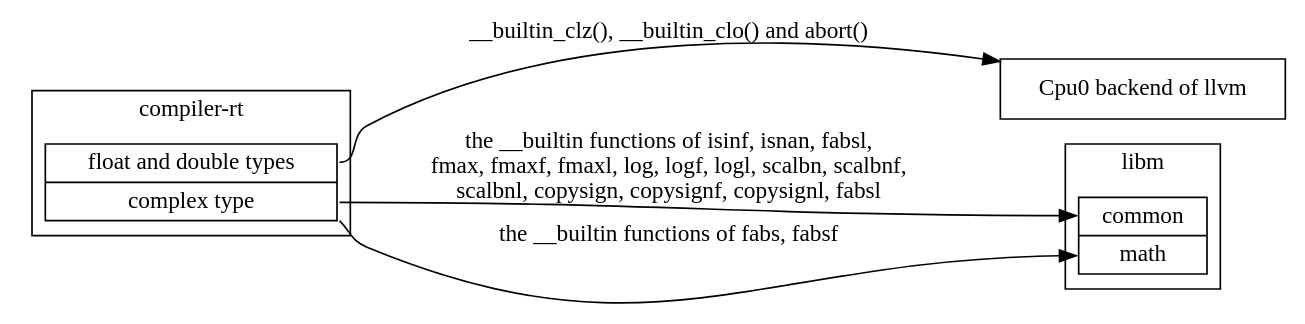
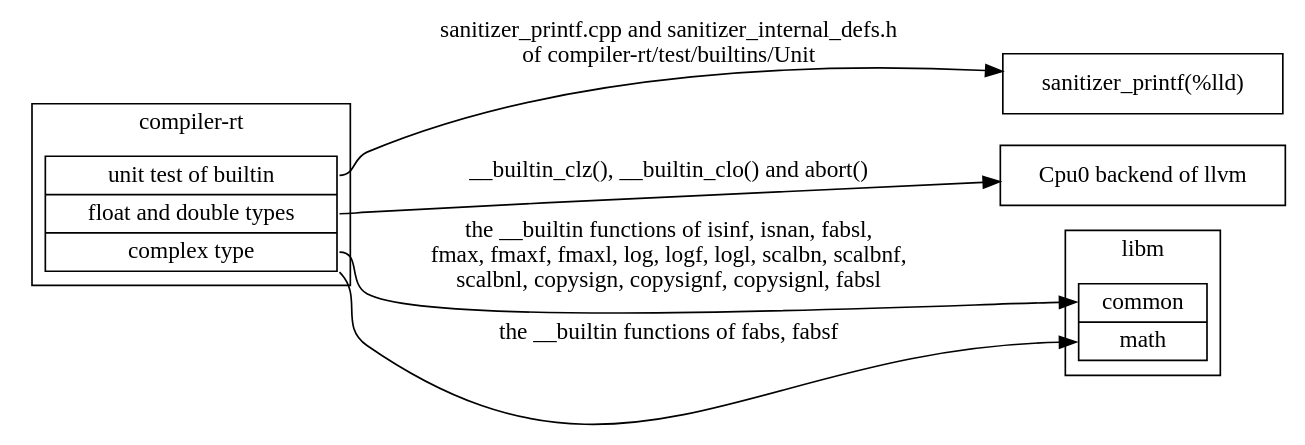
The diagram in Fig/lib/compiler-rt-dep.gv (Jonathan2251/lbt), drawn with Graphviz before and after one commit. The commit also changed 2 other files, not shown here.

Commit message:
lib.rst: compiler-rt-dep.gv

```diff
--- a/Fig/lib/compiler-rt-dep.gv
+++ b/Fig/lib/compiler-rt-dep.gv
@@ -1,23 +1,25 @@
 // dot -Tpng compiler-rt-dep.gv -o compiler-rt-dep.png
 digraph G {
   rankdir=LR;
 
   compound=true;
   node [shape=record];
 
   subgraph cluster_compiler_rt {
     label = "compiler-rt";
-    compiler_rt [label="<fdt> float and double types | <ct> complex type"];
+    compiler_rt [label="<ut> unit test of builtin | <fdt> float and double types | <ct> complex type"];
   }
 
+  node [label = "sanitizer_printf(%lld)"]; sanitizer_printf;
   node [label = "Cpu0 backend of llvm"]; cpu0;
 
   subgraph cluster_libm {
     label = "libm";
     libm [label="<c> common | <ma> math"];
   }
 
   compiler_rt:ct -> libm:c [label = "the __builtin functions of isinf, isnan, fabsl, \n fmax, fmaxf, fmaxl, log, logf, logl, scalbn, scalbnf, \n scalbnl, copysign, copysignf, copysignl, fabsl" ];
   compiler_rt:ct:se -> libm:ma [label = "the __builtin functions of fabs, fabsf" ];
   compiler_rt:fdt -> cpu0 [label = "__builtin_clz(), __builtin_clo() and abort()" ];
+  compiler_rt:ut -> sanitizer_printf [label = "sanitizer_printf.cpp and sanitizer_internal_defs.h \n of compiler-rt/test/builtins/Unit" ];
 }
```
